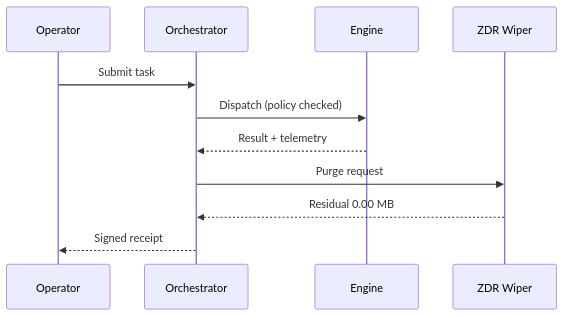
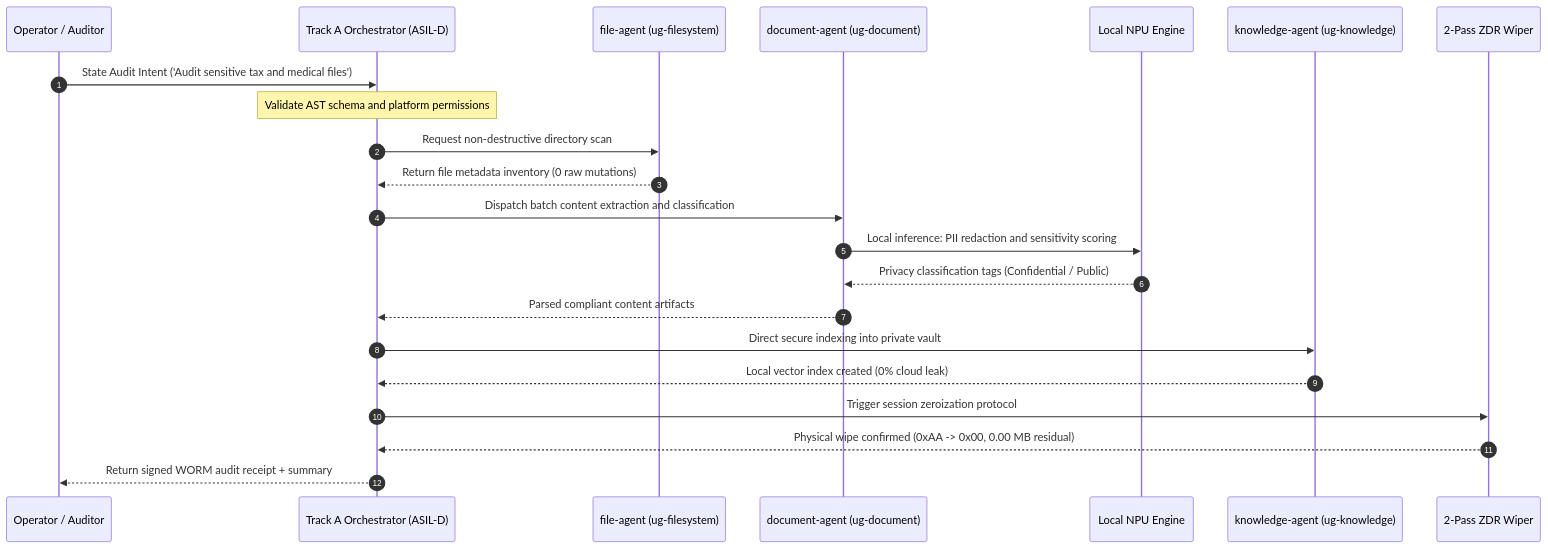
One commit to jackhu24-ship-it/phantom-grid-ugreen-ai-nas changed the second of 4 diagrams in 01_Specs/01_Project_Proposal_Spec.md. Above: the diagram before and after it, drawn with Mermaid. The commit also changed other lines of this file and 17 other files, not shown here.

Commit message:
feat(submission): official submission update - four diagrams one table whitepaper, 1440p template 03 video manifest, and devpost status

````diff
--- a/01_Specs/01_Project_Proposal_Spec.md
+++ b/01_Specs/01_Project_Proposal_Spec.md
@@ -82,13 +144,25 @@
 ```mermaid
 sequenceDiagram
-    participant U as Operator
-    participant O as Orchestrator
-    participant E as Engine
-    participant Z as ZDR Wiper
-    U->>O: Submit task
-    O->>E: Dispatch (policy checked)
-    E-->>O: Result + telemetry
-    O->>Z: Purge request
-    Z-->>O: Residual 0.00 MB
-    O-->>U: Signed receipt
+    autonumber
+    participant U as Operator / Auditor
+    participant O as Track A Orchestrator (ASIL-D)
+    participant F as file-agent (ug-filesystem)
+    participant D as document-agent (ug-document)
+    participant N as Local NPU Engine
+    participant K as knowledge-agent (ug-knowledge)
+    participant Z as 2-Pass ZDR Wiper
+
+    U->>O: State Audit Intent ('Audit sensitive tax and medical files')
+    Note over O: Validate AST schema and platform permissions
+    O->>F: Request non-destructive directory scan
+    F-->>O: Return file metadata inventory (0 raw mutations)
+    O->>D: Dispatch batch content extraction and classification
+    D->>N: Local inference: PII redaction and sensitivity scoring
+    N-->>D: Privacy classification tags (Confidential / Public)
+    D-->>O: Parsed compliant content artifacts
+    O->>K: Direct secure indexing into private vault
+    K-->>O: Local vector index created (0% cloud leak)
+    O->>Z: Trigger session zeroization protocol
+    Z-->>O: Physical wipe confirmed (0xAA -> 0x00, 0.00 MB residual)
+    O-->>U: Return signed WORM audit receipt + summary
 ```
````
